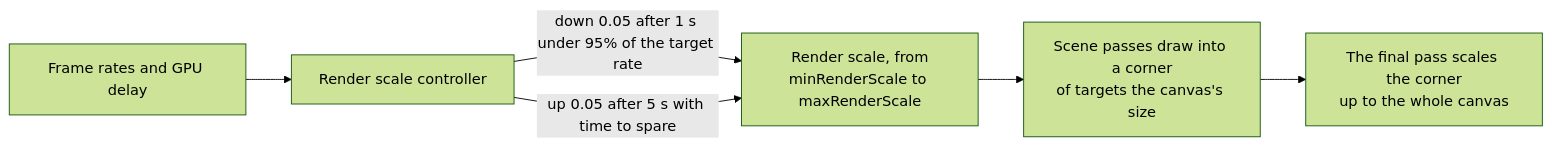
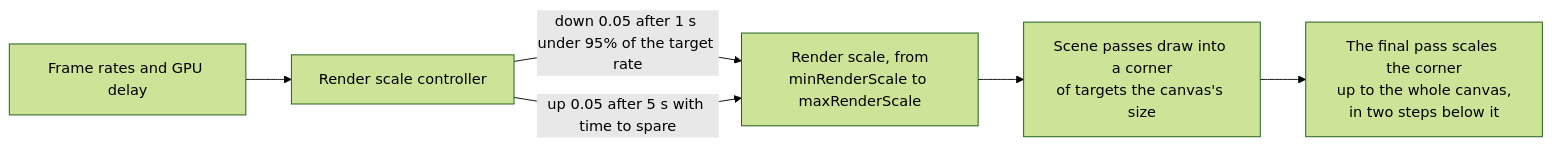
Before and after one commit to null3d-engine/null3d: the third of 4 diagrams in docs/concepts/quality-presets.md, drawn with Mermaid (forest theme). The commit also changed other lines of this file and 6 other files, not shown here.

````diff
--- a/docs/concepts/quality-presets.md
+++ b/docs/concepts/quality-presets.md
@@ -219,8 +219,8 @@
 ```mermaid
 flowchart LR
     frames["Frame rates and GPU delay"] --> controller["Render scale controller"]
     controller -- "down 0.05 after 1 s under 95% of the target rate" --> scale["Render scale, from<br/>minRenderScale to maxRenderScale"]
     controller -- "up 0.05 after 5 s with time to spare" --> scale
     scale --> scene["Scene passes draw into a corner<br/>of targets the canvas's size"]
-    scene --> final["The final pass scales the corner<br/>up to the whole canvas"]
+    scene --> final["The final pass scales the corner<br/>up to the whole canvas,<br/>in two steps below it"]
 ```
````
